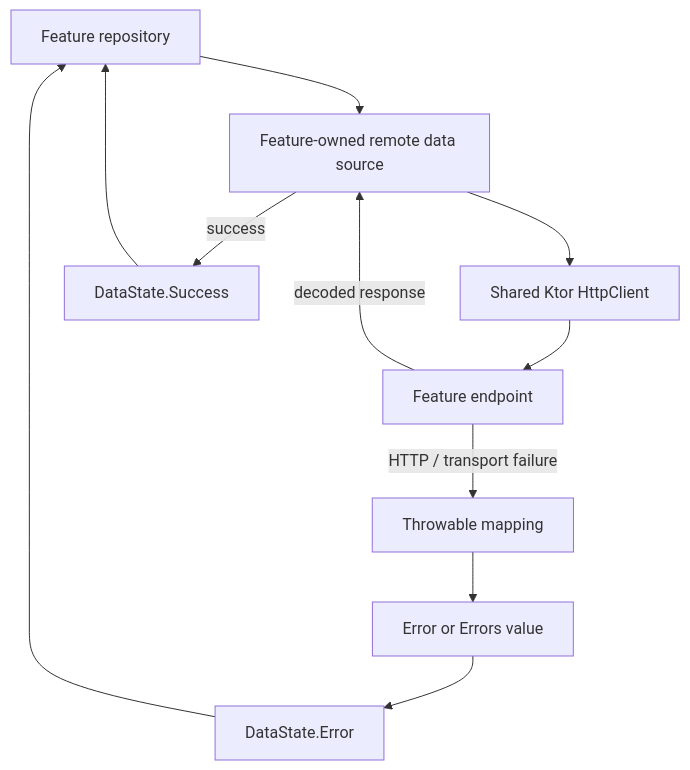
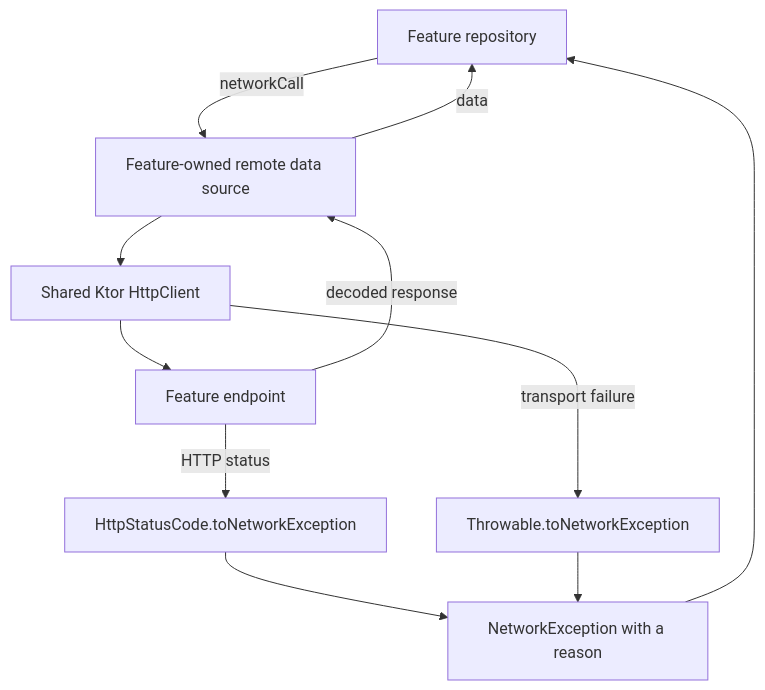
The diagram in library/core/network/README.md (MihaiCristianCondrea/App-Toolkit-for-Android), drawn with Mermaid before and after one commit. The commit also changed other lines of this file and 61 other files, not shown here.

````diff
--- a/library/core/network/README.md
+++ b/library/core/network/README.md
@@ -36,13 +33,13 @@
 ```mermaid
 flowchart TD
-    Repository[Feature repository] --> Remote[Feature-owned remote data source]
+    Repository[Feature repository] -->|networkCall| Remote[Feature-owned remote data source]
     Remote --> Client[Shared Ktor HttpClient]
     Client --> Endpoint[Feature endpoint]
     Endpoint -->|decoded response| Remote
-    Endpoint -->|HTTP / transport failure| Throwable[Throwable mapping]
-    Throwable --> Error[Error or Errors value]
-    Remote -->|success| State[DataState.Success]
-    Error --> StateError[DataState.Error]
-    State --> Repository
-    StateError --> Repository
+    Endpoint -->|HTTP status| Status[HttpStatusCode.toNetworkException]
+    Client -->|transport failure| Throwable[Throwable.toNetworkException]
+    Status --> Exception[NetworkException with a reason]
+    Throwable --> Exception
+    Remote -->|data| Repository
+    Exception --> Repository
 ```
````
